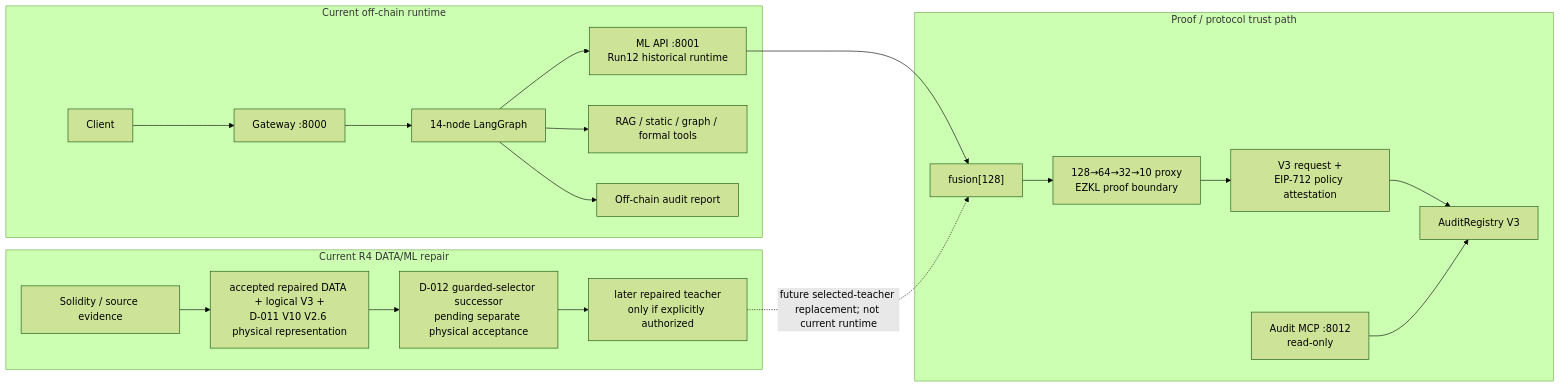
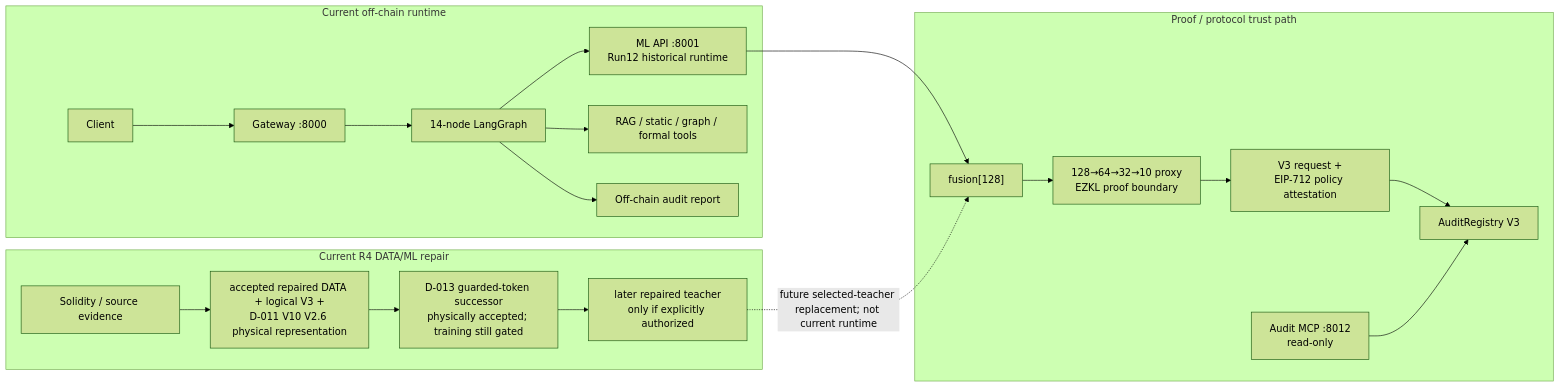
One commit to motafegh/sentinel- changed the diagram in README.md. Above: the diagram before and after it, drawn with Mermaid (forest theme). The commit also changed other lines of this file, not shown here.

Commit message:
docs: reflect accepted guarded-token successor

````diff
--- a/README.md
+++ b/README.md
@@ -48,26 +48,26 @@
 ```mermaid
 flowchart LR
     subgraph RUNTIME["Current off-chain runtime"]
         C["Client"] --> G["Gateway :8000"]
         G --> A["14-node LangGraph"]
         A --> M["ML API :8001\nRun12 historical runtime"]
         A --> T["RAG / static / graph / formal tools"]
         A --> R["Off-chain audit report"]
     end
 
     subgraph REPAIR["Current R4 DATA/ML repair"]
         S["Solidity / source evidence"] --> D["accepted repaired DATA + logical V3 +\nD-011 V10 V2.6 physical representation"]
-        D --> N["D-012 guarded-selector successor\npending separate physical acceptance"]
+        D --> N["D-013 guarded-token successor\nphysically accepted; training still gated"]
         N --> RM["later repaired teacher\nonly if explicitly authorized"]
     end
 
     subgraph TRUST["Proof / protocol trust path"]
         M --> F["fusion[128]"]
         F --> Z["128→64→32→10 proxy\nEZKL proof boundary"]
         Z --> P["V3 request +\nEIP-712 policy attestation"]
         P --> AR["AuditRegistry V3"]
         RO["Audit MCP :8012\nread-only"] --> AR
     end
 
     RM -. "future selected-teacher replacement; not current runtime" .-> F
 ```
````
